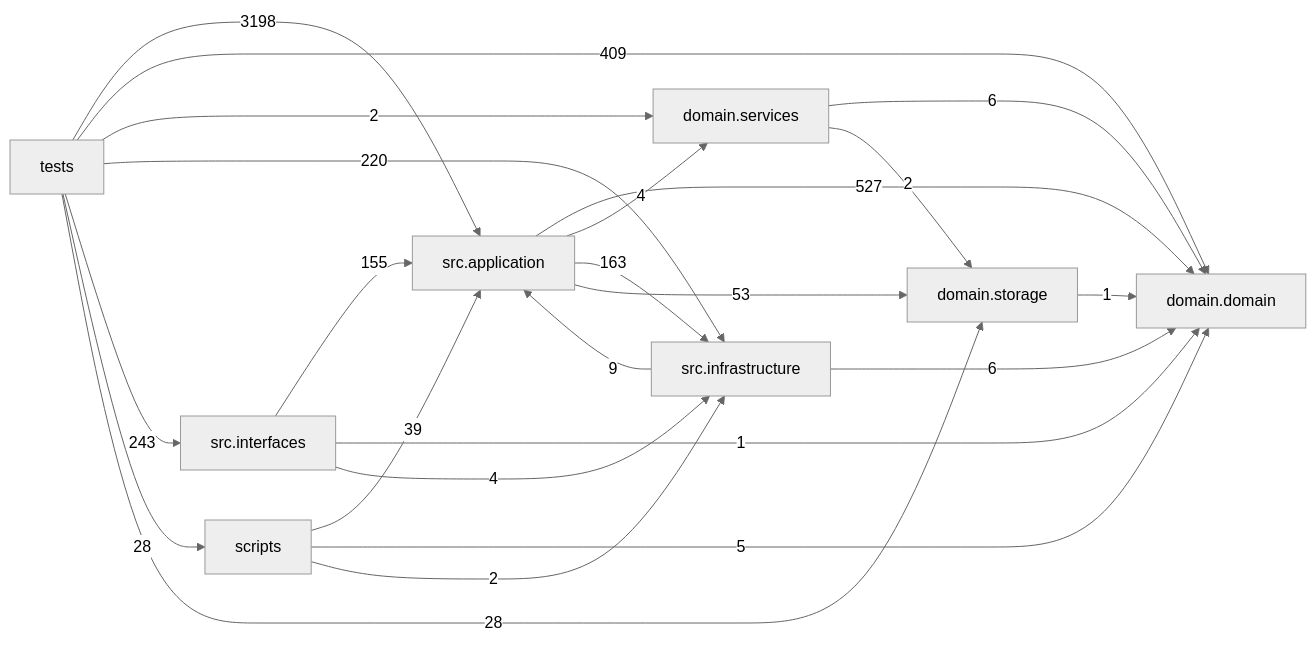
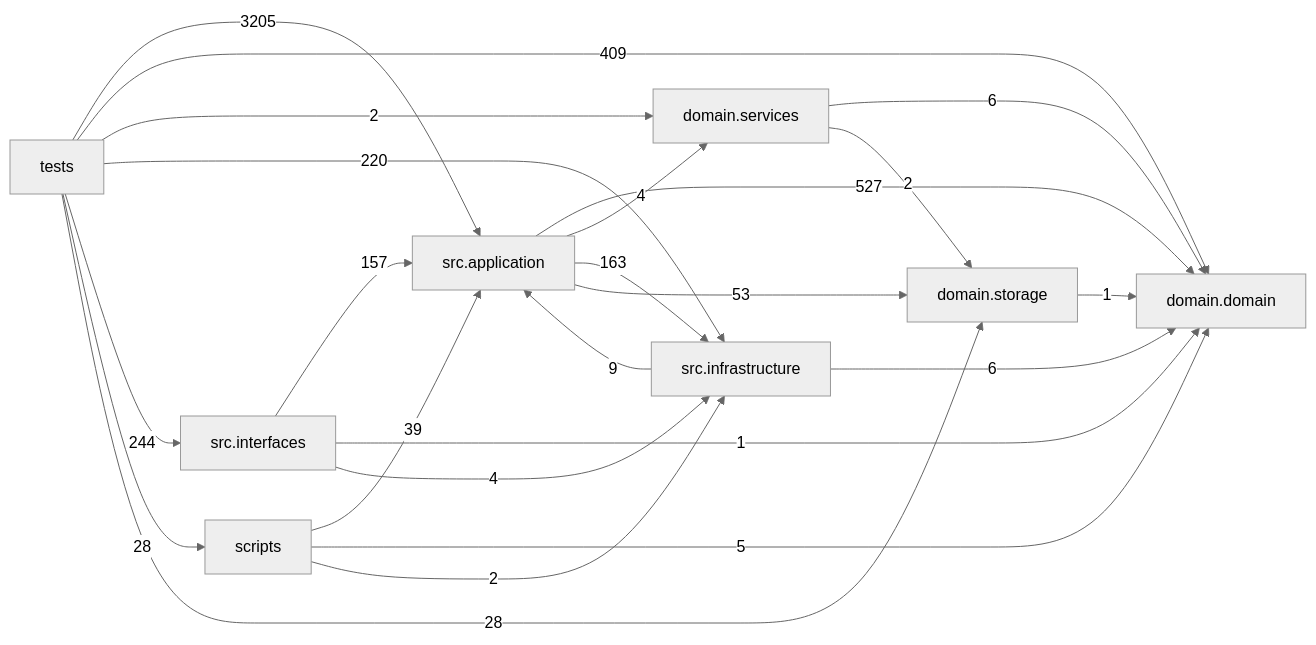
One commit to liuxie066/options-monitor changed the diagram in docs/DEPENDENCY_GRAPH.md. Above: the diagram before and after it, drawn with Mermaid (neutral theme). The commit also changed other lines of this file and 12 other files, not shown here.

````diff
--- a/docs/DEPENDENCY_GRAPH.md
+++ b/docs/DEPENDENCY_GRAPH.md
@@ -24,33 +24,33 @@
 ```mermaid
 flowchart LR
   tests["tests"]
   scripts["scripts"]
   interfaces["src.interfaces"]
   application["src.application"]
   infrastructure["src.infrastructure"]
   domain_services["domain.services"]
   domain["domain.domain"]
   storage["domain.storage"]
   application -->|527| domain
   application -->|4| domain_services
   application -->|163| infrastructure
   application -->|53| storage
   domain_services -->|6| domain
   domain_services -->|2| storage
   infrastructure -->|9| application
   infrastructure -->|6| domain
-  interfaces -->|155| application
+  interfaces -->|157| application
   interfaces -->|1| domain
   interfaces -->|4| infrastructure
   scripts -->|39| application
   scripts -->|5| domain
   scripts -->|2| infrastructure
   storage -->|1| domain
-  tests -->|3198| application
+  tests -->|3205| application
   tests -->|409| domain
   tests -->|2| domain_services
   tests -->|220| infrastructure
-  tests -->|243| interfaces
+  tests -->|244| interfaces
   tests -->|28| scripts
   tests -->|28| storage
 ```
````
